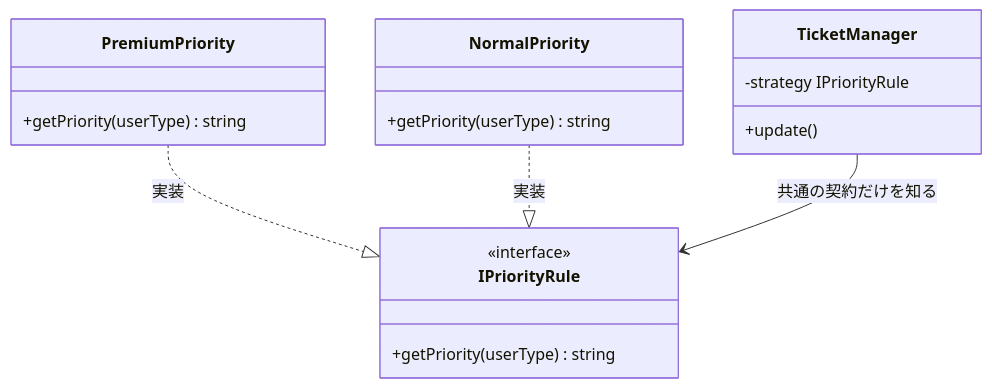
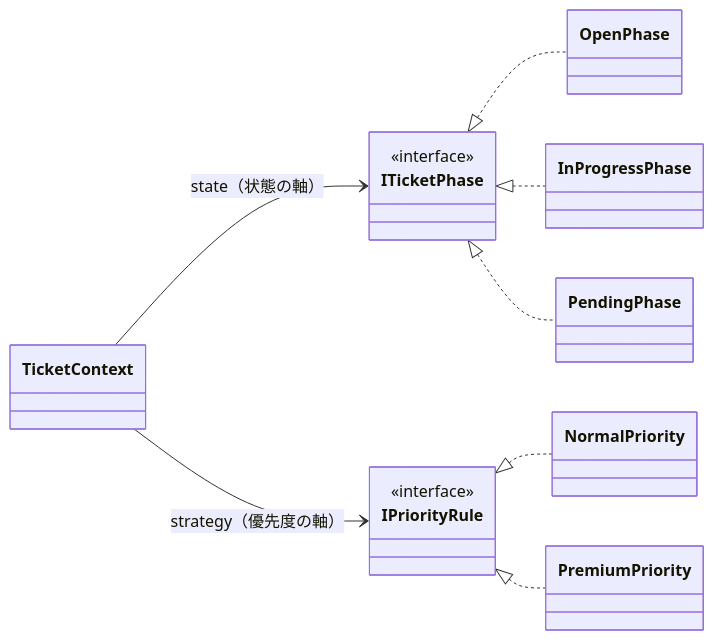
The eighth of 14 diagrams in kindle/design-patterns/output/chapter09_2.md (kumachan1101-pixel/DesignPattern), drawn with Mermaid before and after one commit. The commit also changed other lines of this file, not shown here.

First line of the commit message:
第9章(9_2): フェーズ6を設計先行へ変換（Strategy×State：軸を数える→2契約→構造→影響範囲）

````diff
--- a/kindle/design-patterns/output/chapter09_2.md
+++ b/kindle/design-patterns/output/chapter09_2.md
@@ -775,20 +814,13 @@
 ```mermaid
 classDiagram
-    class IPriorityRule {
-        <<interface>>
-        +getPriority(userType) string
-    }
-    class TicketManager {
-        -strategy IPriorityRule
-        +update()
-    }
-    class PremiumPriority {
-        +getPriority(userType) string
-    }
-    class NormalPriority {
-        +getPriority(userType) string
-    }
-    PremiumPriority ..|> IPriorityRule : 実装
-    NormalPriority ..|> IPriorityRule : 実装
-    TicketManager --> IPriorityRule : 共通の契約だけを知る
+    direction LR
+    class ITicketPhase { <<interface>> }
+    class IPriorityRule { <<interface>> }
+    TicketContext --> ITicketPhase : state（状態の軸）
+    TicketContext --> IPriorityRule : strategy（優先度の軸）
+    ITicketPhase <|.. OpenPhase
+    ITicketPhase <|.. InProgressPhase
+    ITicketPhase <|.. PendingPhase
+    IPriorityRule <|.. NormalPriority
+    IPriorityRule <|.. PremiumPriority
 ```
````
